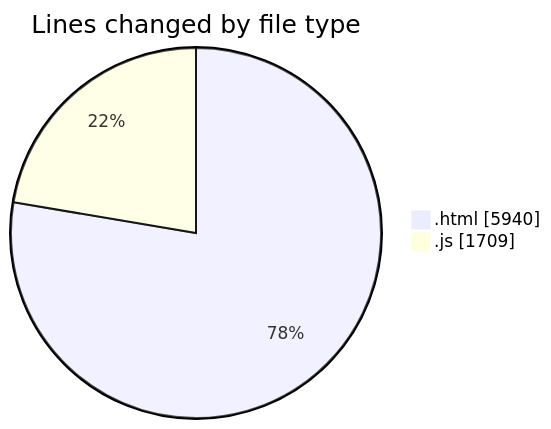
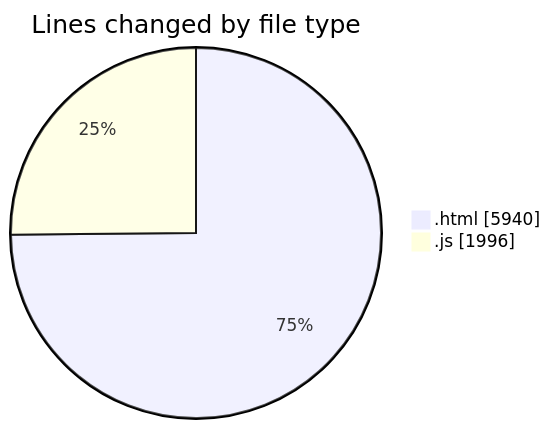
The first of 2 diagrams in 2025-08-10/nxtqube_webapp/README.md (nxtqubesakshisongat/code-tracking), drawn with Mermaid before and after one commit. The commit also changed other lines of this file and 1 other file, not shown here.

````diff
--- a/2025-08-10/nxtqube_webapp/README.md
+++ b/2025-08-10/nxtqube_webapp/README.md
@@ -23,6 +23,6 @@
 ```mermaid
 pie showData
 title Lines changed by file type
 ".html" : 5940
-".js" : 1709
+".js" : 1996
 ```
````
